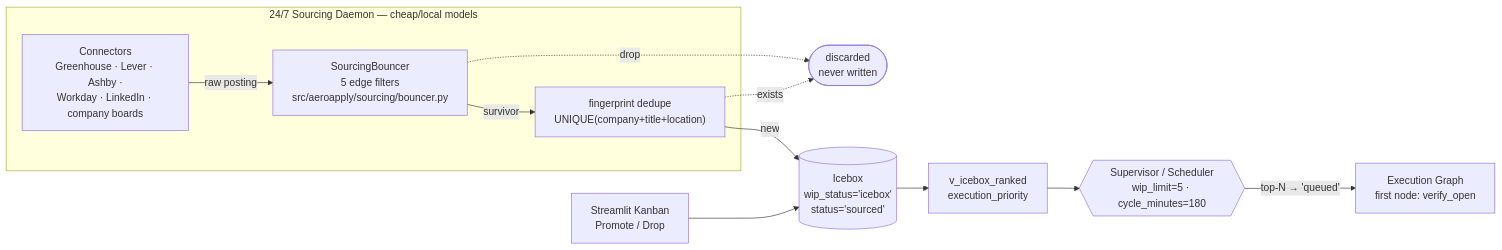
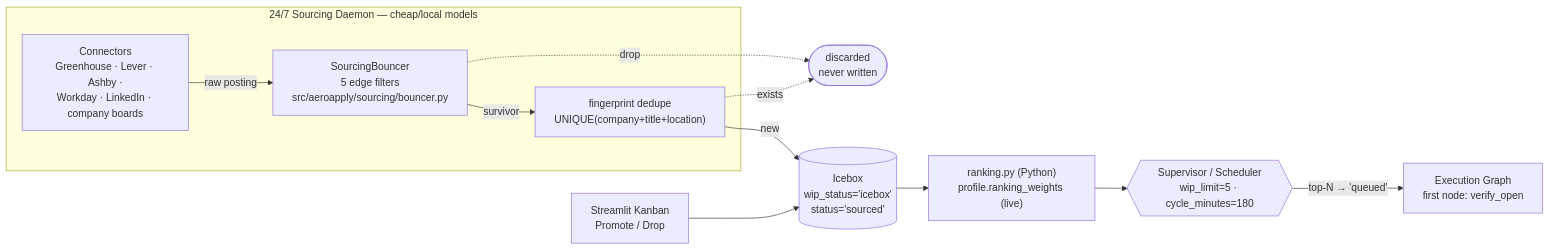
The first of 2 diagrams in docs/SOURCING_AND_RANKING.md (kristenmartino/aeroapply), drawn with Mermaid before and after one commit. The commit also changed other lines of this file and 25 other files, not shown here.

First line of the commit message:
Hardening: public-safe docs, router deps, Python ranking, profile-driven gate, CI DB integration (#79)

````diff
--- a/docs/SOURCING_AND_RANKING.md
+++ b/docs/SOURCING_AND_RANKING.md
@@ -18,17 +18,17 @@
 ```mermaid
 flowchart LR
   subgraph DAEMON["24/7 Sourcing Daemon — cheap/local models"]
     C["Connectors\nGreenhouse · Lever · Ashby ·\nWorkday · LinkedIn · company boards"]
     B["SourcingBouncer\n5 edge filters\nsrc/aeroapply/sourcing/bouncer.py"]
     FP["fingerprint dedupe\nUNIQUE(company+title+location)"]
     C -->|raw posting| B
     B -->|survivor| FP
   end
   B -. drop .-> X(["discarded\nnever written"])
   FP -->|new| ICE[("Icebox\nwip_status='icebox'\nstatus='sourced'")]
   FP -. exists .-> X
   CUR["Streamlit Kanban\nPromote / Drop"] --> ICE
-  ICE --> RANK["v_icebox_ranked\nexecution_priority"]
+  ICE --> RANK["ranking.py (Python)\nprofile.ranking_weights (live)"]
   RANK --> SCH{{"Supervisor / Scheduler\nwip_limit=5 · cycle_minutes=180"}}
   SCH -->|top-N → 'queued'| EXG["Execution Graph\nfirst node: verify_open"]
 ```
````
